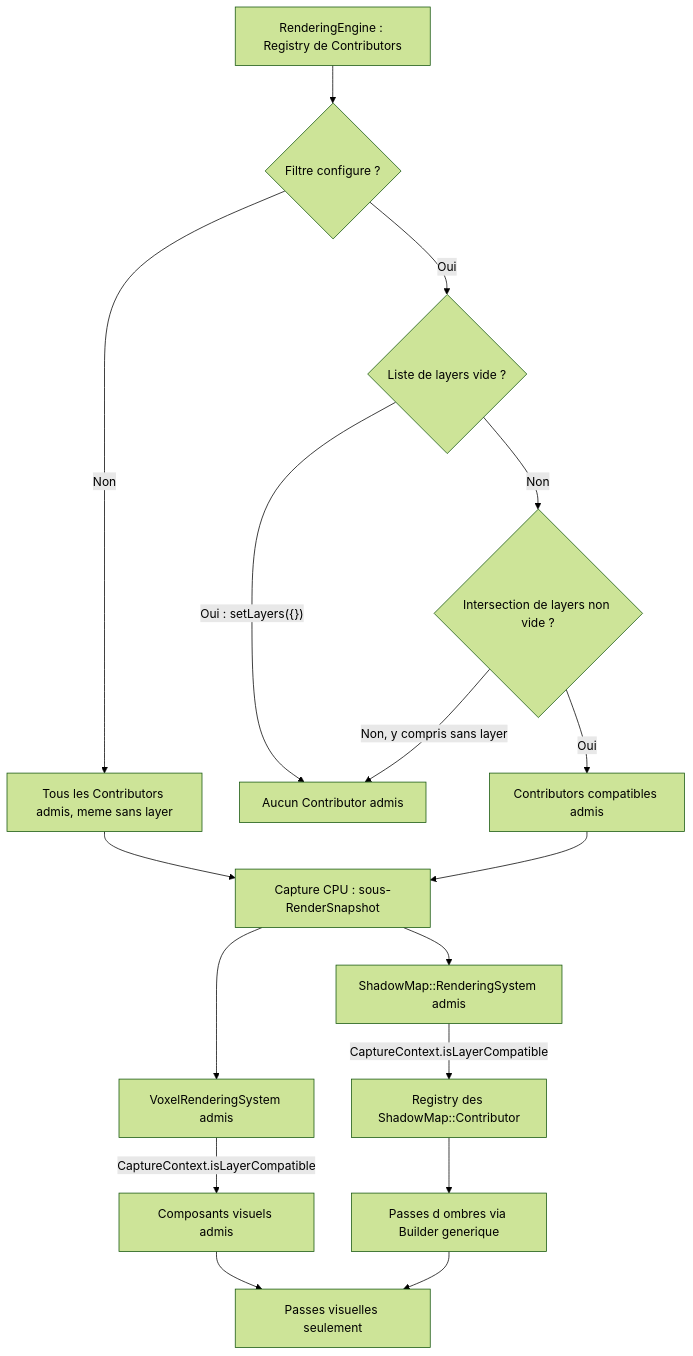
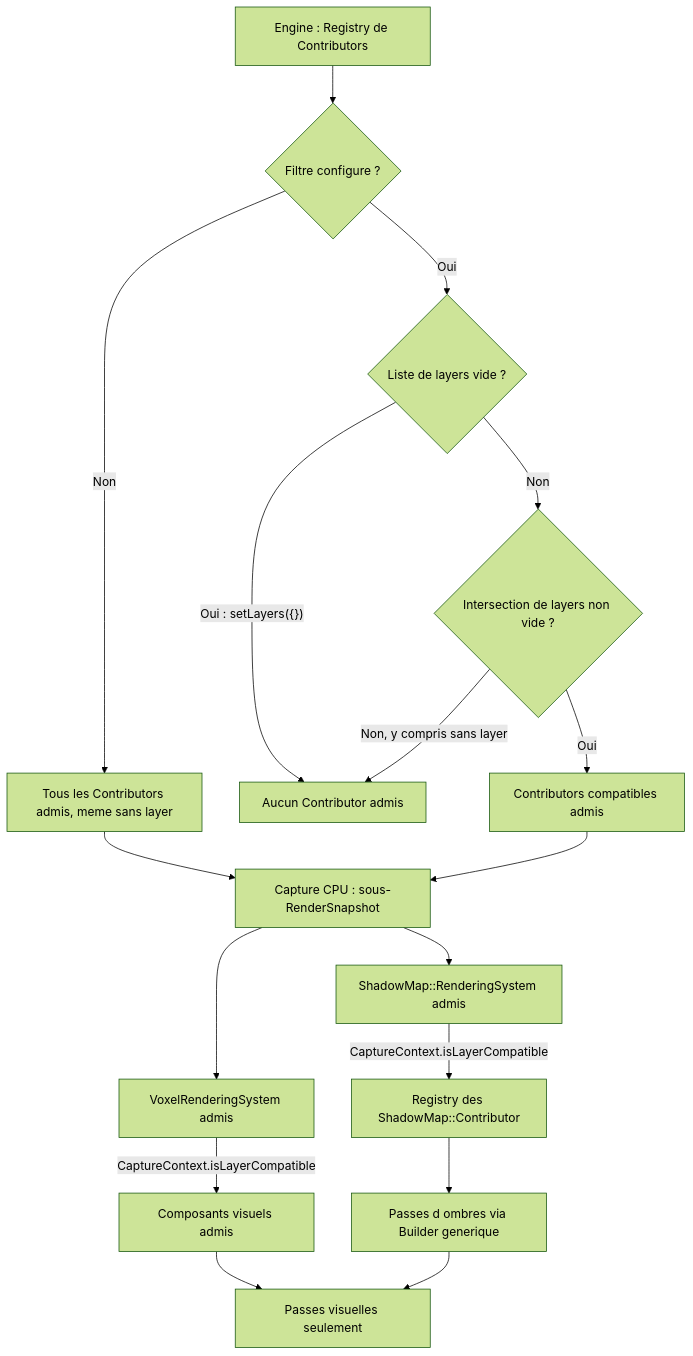
One commit to EreliaStudio/Sparkle changed the ninth of 10 diagrams in docs/voxel-engine-v0.1.4/07-vues-et-passes.md. Above: the diagram before and after it, drawn with Mermaid (forest theme). The commit also changed other lines of this file and 46 other files, not shown here.

````diff
--- a/docs/voxel-engine-v0.1.4/07-vues-et-passes.md
+++ b/docs/voxel-engine-v0.1.4/07-vues-et-passes.md
@@ -584,19 +584,19 @@
 ```mermaid
 flowchart TD
-  R["RenderingEngine : Registry de Contributors"] --> F{"Filtre configure ?"}
+  R["Engine : Registry de Contributors"] --> F{"Filtre configure ?"}
   F -->|"Non"| A["Tous les Contributors admis, meme sans layer"]
   F -->|"Oui"| V{"Liste de layers vide ?"}
   V -->|"Oui : setLayers({})"| X["Aucun Contributor admis"]
   V -->|"Non"| I{"Intersection de layers non vide ?"}
   I -->|"Oui"| A2["Contributors compatibles admis"]
   I -->|"Non, y compris sans layer"| X
   A --> B["Capture CPU : sous-RenderSnapshot"]
   A2 --> B
   B --> VS["VoxelRenderingSystem admis"]
   VS -->|"CaptureContext.isLayerCompatible"| VC["Composants visuels admis"]
   VC --> P["Passes visuelles seulement"]
   B --> SR["ShadowMap::RenderingSystem admis"]
   SR -->|"CaptureContext.isLayerCompatible"| REG["Registry des ShadowMap::Contributor"]
   REG --> CAST["Passes d ombres via Builder generique"]
   CAST --> P
 ```
````
